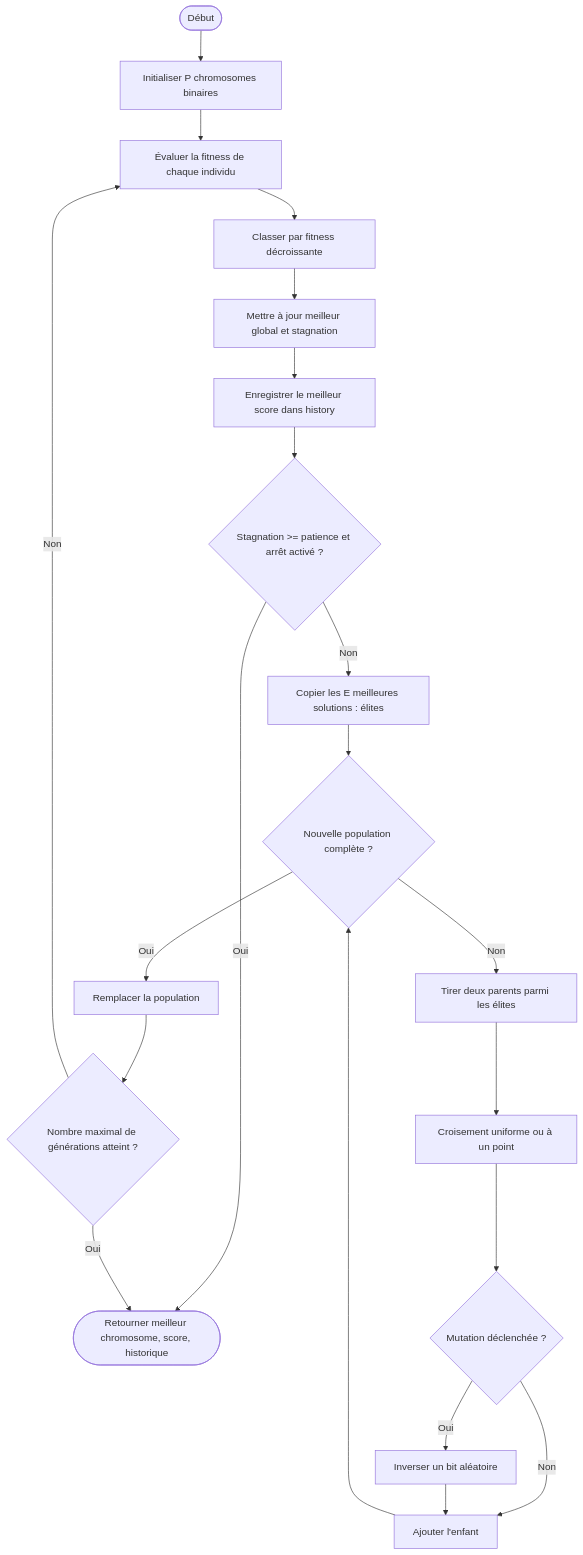
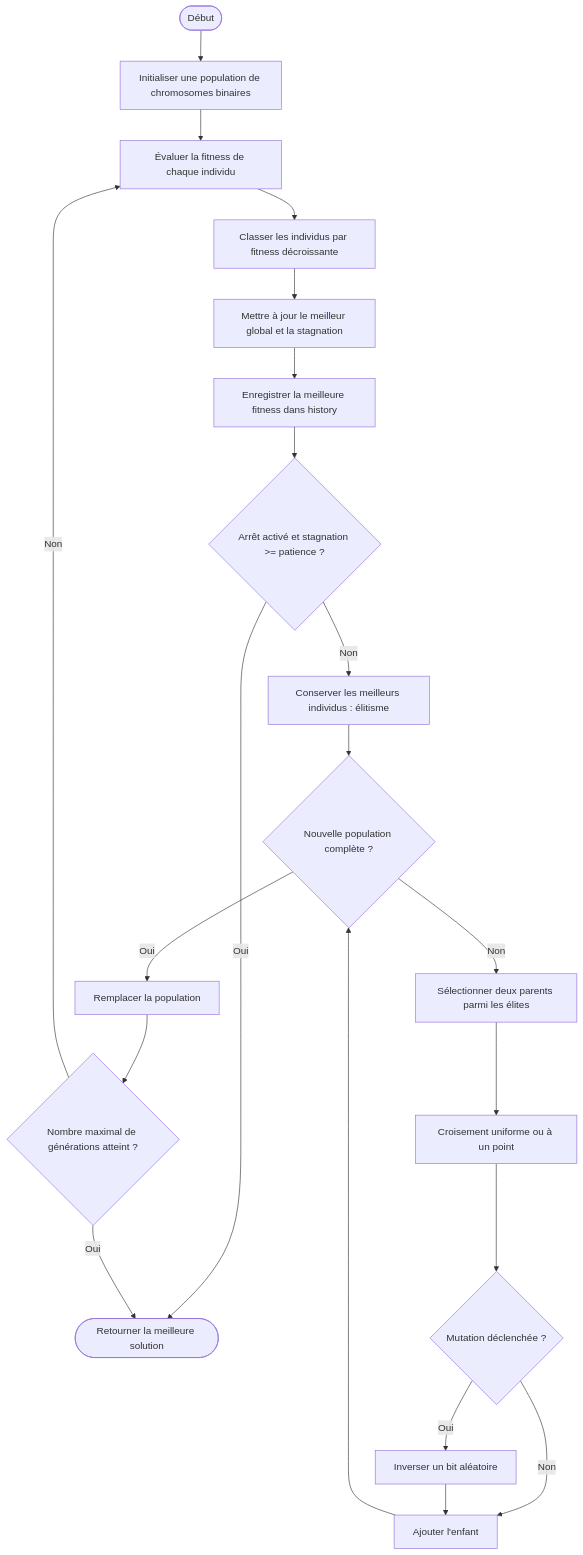
The second of 2 diagrams in README.md (miskaraminaa/metaATAL), drawn with Mermaid before and after one commit. The commit also changed other lines of this file, not shown here.

````diff
--- a/README.md
+++ b/README.md
@@ -123,23 +154,23 @@
 ```mermaid
 flowchart TD
-    A([Début]) --> B[Initialiser P chromosomes binaires]
-    B --> C[Évaluer la fitness de chaque individu]
-    C --> D[Classer par fitness décroissante]
-    D --> E[Mettre à jour meilleur global et stagnation]
-    E --> F[Enregistrer le meilleur score dans history]
-    F --> G{Stagnation >= patience et arrêt activé ?}
-    G -- Oui --> Z([Retourner meilleur chromosome, score, historique])
-    G -- Non --> H[Copier les E meilleures solutions : élites]
-    H --> I{Nouvelle population complète ?}
-    I -- Non --> J[Tirer deux parents parmi les élites]
-    J --> K[Croisement uniforme ou à un point]
-    K --> L{Mutation déclenchée ?}
-    L -- Oui --> M[Inverser un bit aléatoire]
-    L -- Non --> N[Ajouter l'enfant]
+    A([Début]) --> B["Initialiser une population de chromosomes binaires"]
+    B --> C["Évaluer la fitness de chaque individu"]
+    C --> D["Classer les individus par fitness décroissante"]
+    D --> E["Mettre à jour le meilleur global et la stagnation"]
+    E --> F["Enregistrer la meilleure fitness dans history"]
+    F --> G{"Arrêt activé et stagnation >= patience ?"}
+    G -- Oui --> Z([Retourner la meilleure solution])
+    G -- Non --> H["Conserver les meilleurs individus : élitisme"]
+    H --> I{"Nouvelle population complète ?"}
+    I -- Non --> J["Sélectionner deux parents parmi les élites"]
+    J --> K["Croisement uniforme ou à un point"]
+    K --> L{"Mutation déclenchée ?"}
+    L -- Oui --> M["Inverser un bit aléatoire"]
+    L -- Non --> N["Ajouter l'enfant"]
     M --> N
     N --> I
-    I -- Oui --> O[Remplacer la population]
-    O --> P{Nombre maximal de générations atteint ?}
+    I -- Oui --> O["Remplacer la population"]
+    O --> P{"Nombre maximal de générations atteint ?"}
     P -- Non --> C
     P -- Oui --> Z
 ```
````
